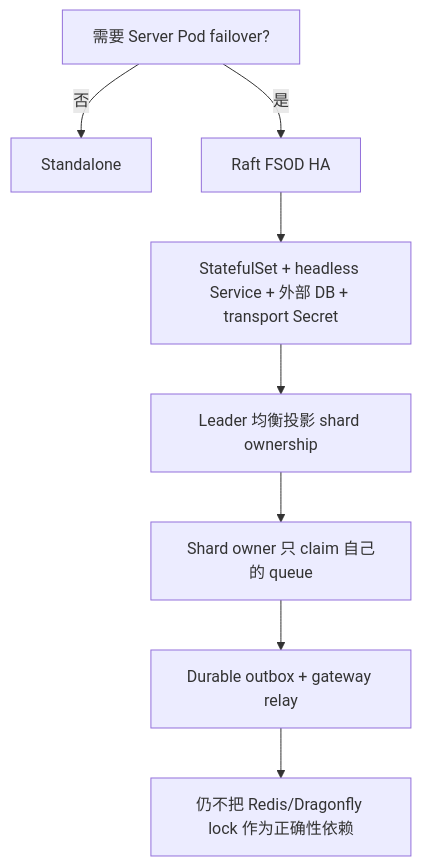
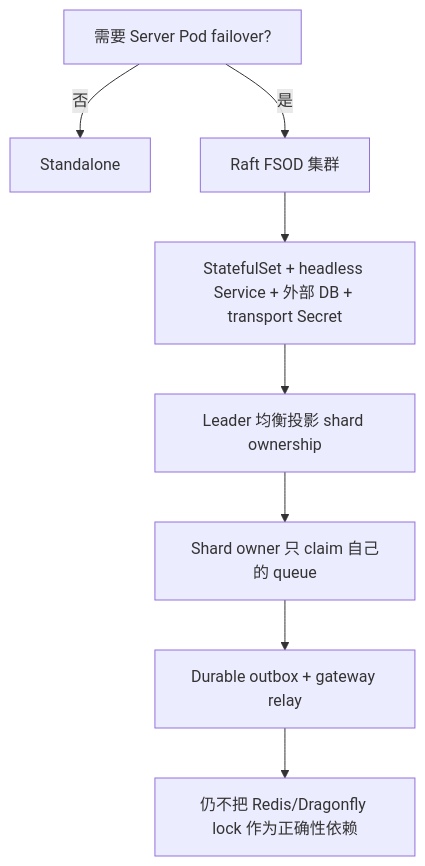
Before and after one commit to yhyzgn/tikeo: the third of 4 diagrams in docs/i18n/zh-CN/docusaurus-plugin-content-docs/current/deployment/server-ha.md, drawn with Mermaid. The commit also changed other lines of this file and 11 other files, not shown here.

First line of the commit message:
Name the Raft FSOD cluster architecture for operators

````diff
--- a/docs/i18n/zh-CN/docusaurus-plugin-content-docs/current/deployment/server-ha.md
+++ b/docs/i18n/zh-CN/docusaurus-plugin-content-docs/current/deployment/server-ha.md
@@ -113,10 +130,10 @@
 ```mermaid
 flowchart TD
   A[需要 Server Pod failover?] -->|否| B[Standalone]
-  A -->|是| C[Raft FSOD HA]
+  A -->|是| C[Raft FSOD 集群]
   C --> D[StatefulSet + headless Service + 外部 DB + transport Secret]
   D --> E[Leader 均衡投影 shard ownership]
   E --> F[Shard owner 只 claim 自己的 queue]
   F --> G[Durable outbox + gateway relay]
   G --> H[仍不把 Redis/Dragonfly lock 作为正确性依赖]
 ```
````
